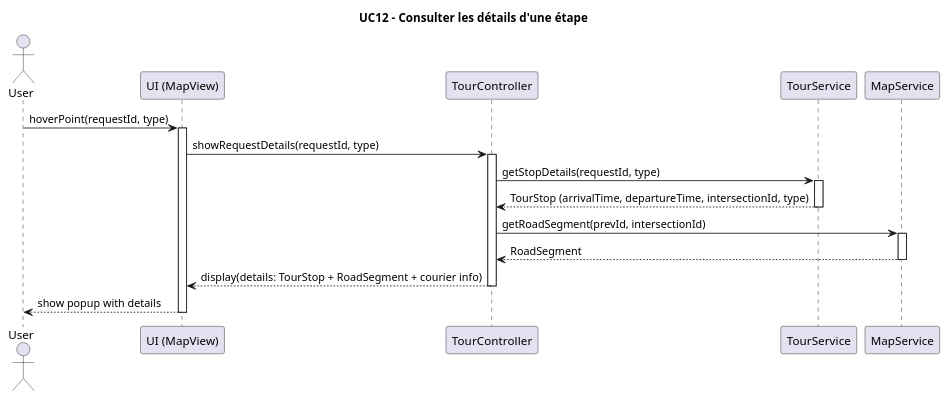
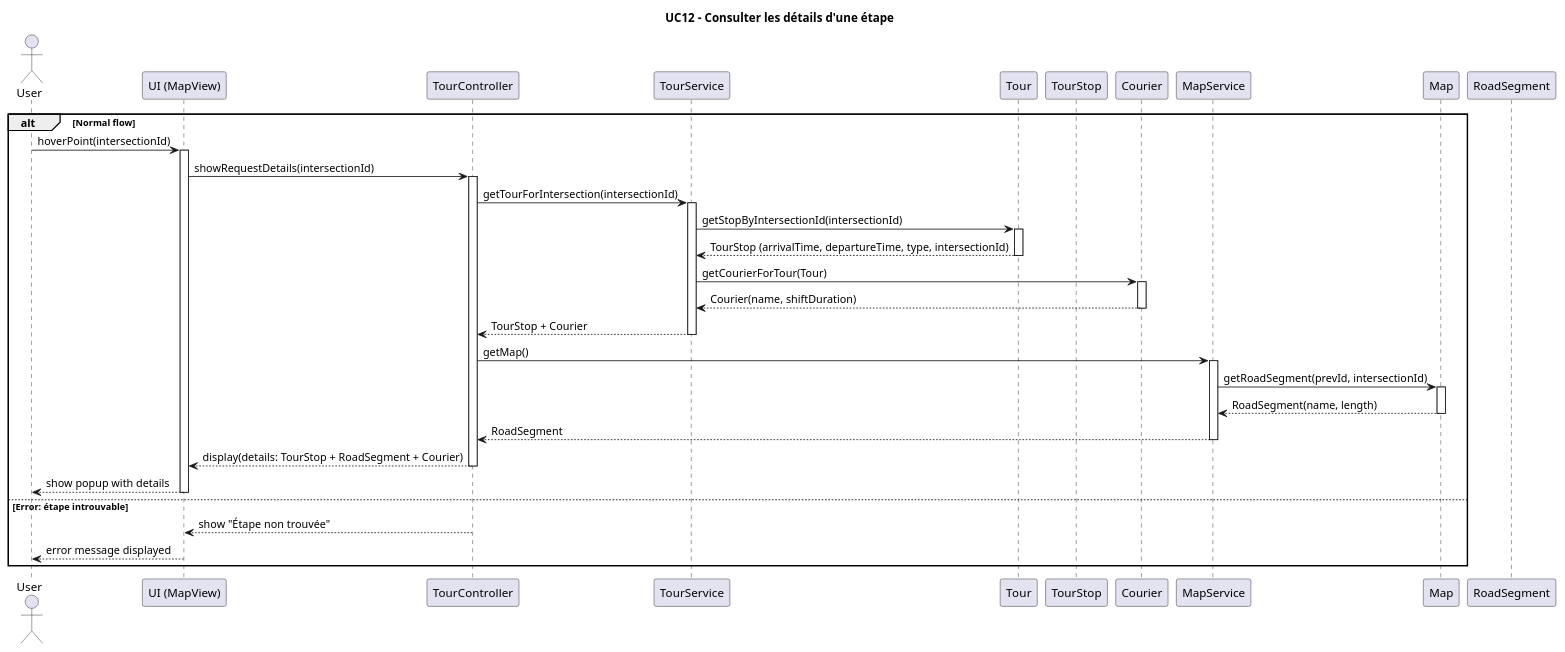
Before and after one commit to enzo-dosanjos/Pickup_Delivery_App: the diagram in diagrams/diagramUC12.plantuml, drawn with PlantUML. The commit also changed 13 other files, not shown here.

```diff
--- a/diagrams/diagramUC12.plantuml
+++ b/diagrams/diagramUC12.plantuml
@@ -1,31 +1,55 @@
 @startuml
-title UC12 - Consulter les détails d'une étape
+title UC12 – Consulter les détails d'une étape 
 
 actor User
 participant "UI (MapView)" as UI
 participant "TourController" as TC
 participant "TourService" as TS
+participant "Tour" as T
+participant "TourStop" as TSStop
+participant "Courier" as C
 participant "MapService" as MS
+participant "Map" as MAP
+participant "RoadSegment" as RS
 
-User -> UI : hoverPoint(requestId, type)
-activate UI
+alt Normal flow
+    User -> UI : hoverPoint(intersectionId)
+    activate UI
 
-UI -> TC : showRequestDetails(requestId, type)
-activate TC
+    UI -> TC : showRequestDetails(intersectionId)
+    activate TC
 
-TC -> TS : getStopDetails(requestId, type)
-activate TS
-TS --> TC : TourStop (arrivalTime, departureTime, intersectionId, type)
-deactivate TS
+    TC -> TS : getTourForIntersection(intersectionId)
+    activate TS
+        TS -> T : getStopByIntersectionId(intersectionId)
+        activate T
+        T --> TS : TourStop (arrivalTime, departureTime, type, intersectionId)
+        deactivate T
 
-TC -> MS : getRoadSegment(prevId, intersectionId)
-activate MS
-MS --> TC : RoadSegment
-deactivate MS
+        TS -> C : getCourierForTour(Tour)
+        activate C
+        C --> TS : Courier(name, shiftDuration)
+        deactivate C
+    TS --> TC : TourStop + Courier
+    deactivate TS
 
-TC --> UI : display(details: TourStop + RoadSegment + courier info)
-deactivate TC
+    TC -> MS : getMap()
+    activate MS
+        MS -> MAP : getRoadSegment(prevId, intersectionId)
+        activate MAP
+        MAP --> MS : RoadSegment(name, length)
+        deactivate MAP
+    MS --> TC : RoadSegment
+    deactivate MS
 
-UI --> User : show popup with details
-deactivate UI
+    TC --> UI : display(details: TourStop + RoadSegment + Courier)
+    deactivate TC
+
+    UI --> User : show popup with details
+    deactivate UI
+
+else Error: étape introuvable
+    TC --> UI : show "Étape non trouvée"
+    UI --> User : error message displayed
+end
 @enduml
```
